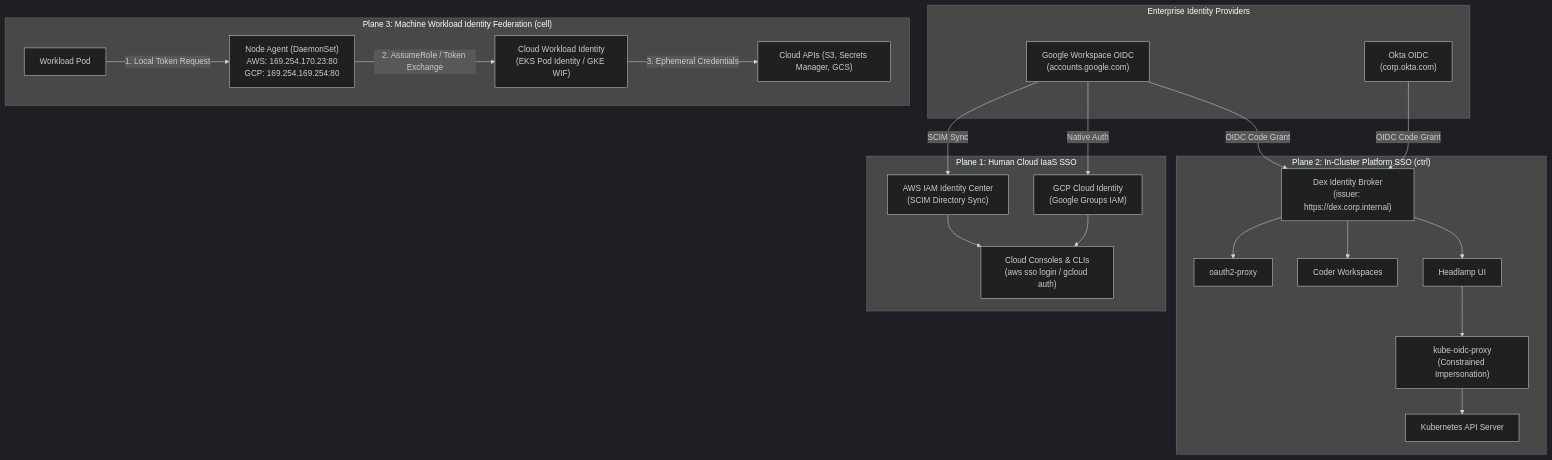
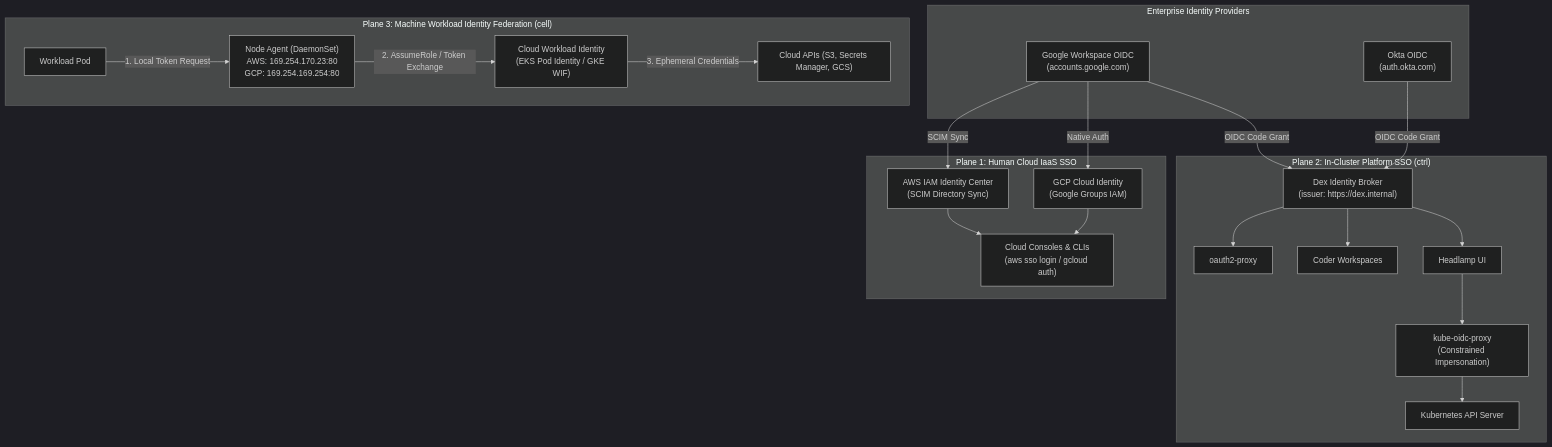
Before and after one commit to simonepri/openplex: the third of 7 diagrams in src/infra/docs/operator.md, drawn with Mermaid (dark theme). The commit also changed other lines of this file and 158 other files, not shown here.

Commit message:
fix(platform): vendor helm charts, refresh dependencies, and update documentation

````diff
--- a/src/infra/docs/operator.md
+++ b/src/infra/docs/operator.md
@@ -530,46 +571,46 @@
 ```mermaid
 flowchart TD
     subgraph Upstream["Enterprise Identity Providers"]
         Google["Google Workspace OIDC<br/>(accounts.google.com)"]
-        Okta["Okta OIDC<br/>(corp.okta.com)"]
+        Okta["Okta OIDC<br/>(auth.okta.com)"]
     end
 
     subgraph Plane1["Plane 1: Human Cloud IaaS SSO"]
         AWS_SSO["AWS IAM Identity Center<br/>(SCIM Directory Sync)"]
         GCP_SSO["GCP Cloud Identity<br/>(Google Groups IAM)"]
         CloudConsole["Cloud Consoles & CLIs<br/>(aws sso login / gcloud auth)"]
 
         Google -->|SCIM Sync| AWS_SSO
         Google -->|Native Auth| GCP_SSO
         AWS_SSO --> CloudConsole
         GCP_SSO --> CloudConsole
     end
 
     subgraph Plane2["Plane 2: In-Cluster Platform SSO (ctrl)"]
-        Dex["Dex Identity Broker<br/>(issuer: https://dex.corp.internal)"]
+        Dex["Dex Identity Broker<br/>(issuer: https://dex.internal)"]
         OAuthProxy["oauth2-proxy"]
         Coder["Coder Workspaces"]
         Headlamp["Headlamp UI"]
         KubeProxy["kube-oidc-proxy<br/>(Constrained Impersonation)"]
         K8sAPI["Kubernetes API Server"]
 
         Google -->|OIDC Code Grant| Dex
         Okta -->|OIDC Code Grant| Dex
         Dex --> OAuthProxy
         Dex --> Coder
         Dex --> Headlamp
         Headlamp --> KubeProxy
         KubeProxy --> K8sAPI
     end
 
     subgraph Plane3["Plane 3: Machine Workload Identity Federation (cell)"]
         Pod["Workload Pod"]
         NodeAgent["Node Agent (DaemonSet)<br/>AWS: 169.254.170.23:80<br/>GCP: 169.254.169.254:80"]
         CloudIAM["Cloud Workload Identity<br/>(EKS Pod Identity / GKE WIF)"]
         CloudAPIs["Cloud APIs (S3, Secrets Manager, GCS)"]
 
         Pod -->|1. Local Token Request| NodeAgent
         NodeAgent -->|2. AssumeRole / Token Exchange| CloudIAM
         CloudIAM -->|3. Ephemeral Credentials| CloudAPIs
     end
 ```
````
